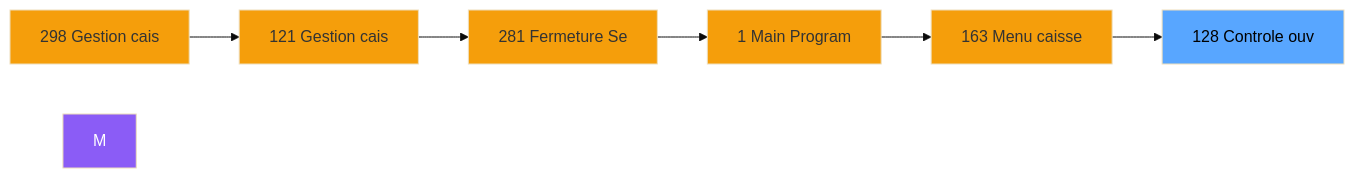
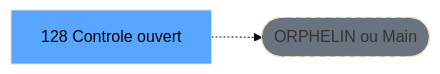
Before and after one commit to thonyAGP/lecteur-magic: the second of 3 diagrams in .openspec/renders/ADH-IDE-128.md, drawn with Mermaid (base theme). The commit also changed other lines of this file and 701 other files, not shown here.

````diff
--- a/.openspec/renders/ADH-IDE-128.md
+++ b/.openspec/renders/ADH-IDE-128.md
@@ -115,21 +119,8 @@
 ```mermaid
 graph LR
-    N298[298 Gestion cais]
-    N121[121 Gestion cais]
-    N281[281 Fermeture Se]
-    N1[1 Main Program]
-    N163[163 Menu caisse ]
-    T[128 Controle ouv]
-    N298 --> N121
-    N121 --> N281
-    N281 --> N1
-    N1 --> N163
-    N163 --> T
-    style M fill:#8b5cf6,color:#fff
-    style N298 fill:#f59e0b
-    style N121 fill:#f59e0b
-    style N281 fill:#f59e0b
-    style N1 fill:#f59e0b
-    style N163 fill:#f59e0b
+    T[128 Controle ouvert]
+    ORPHAN([ORPHELIN ou Main])
+    T -.-> ORPHAN
     style T fill:#58a6ff,color:#000
+    style ORPHAN fill:#6b7280,stroke-dasharray: 5 5
 ```
````
